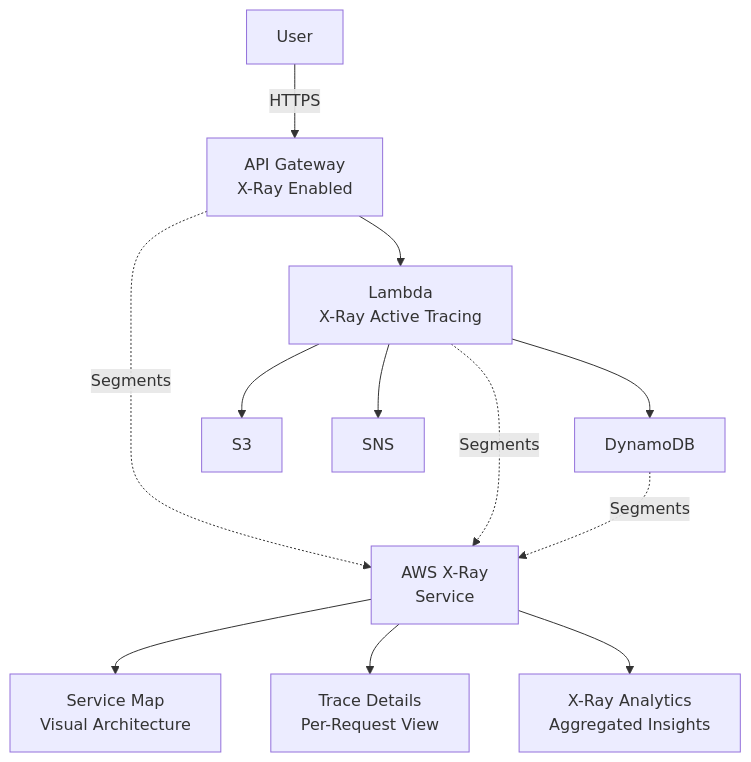
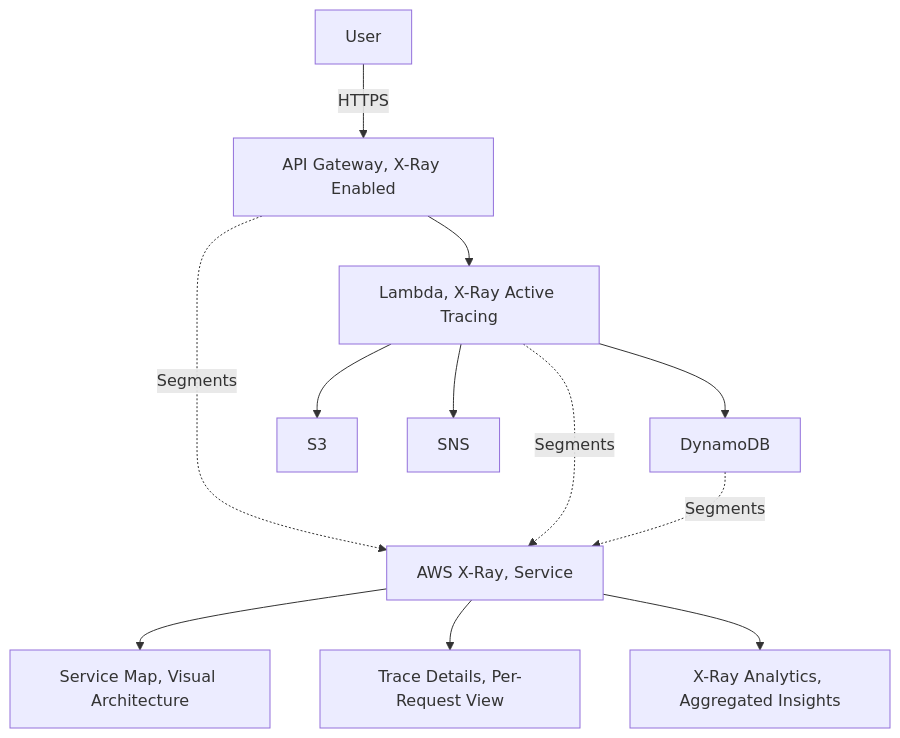
One commit to DeeptiShuklaProject/Uday_AWS changed the first of 3 diagrams in Chapter_41_AWS_X_Ray.md. Above: the diagram before and after it, drawn with Mermaid. The commit also changed other lines of this file and 34 other files, not shown here.

Commit message:
Fix mermaid diagrams syntax across all chapters (quote labels and remove HTML)

````diff
--- a/Chapter_41_AWS_X_Ray.md
+++ b/Chapter_41_AWS_X_Ray.md
@@ -158,16 +158,16 @@
 ```mermaid
 flowchart TD
-    User[User] -->|HTTPS| APIGW[API Gateway<br>X-Ray Enabled]
-    APIGW --> Lambda[Lambda<br>X-Ray Active Tracing]
+    User[User] -->|HTTPS| APIGW["API Gateway, X-Ray Enabled"]
+    APIGW --> Lambda["Lambda, X-Ray Active Tracing"]
     Lambda --> DDB[DynamoDB]
     Lambda --> S3[S3]
     Lambda --> SNS[SNS]
     
-    APIGW -.->|Segments| XRay[AWS X-Ray<br>Service]
+    APIGW -.->|Segments| XRay["AWS X-Ray, Service"]
     Lambda -.->|Segments| XRay
     DDB -.->|Segments| XRay
     
-    XRay --> ServiceMap[Service Map<br>Visual Architecture]
-    XRay --> Traces[Trace Details<br>Per-Request View]
-    XRay --> Analytics[X-Ray Analytics<br>Aggregated Insights]
+    XRay --> ServiceMap["Service Map, Visual Architecture"]
+    XRay --> Traces["Trace Details, Per-Request View"]
+    XRay --> Analytics["X-Ray Analytics, Aggregated Insights"]
 ```
````
